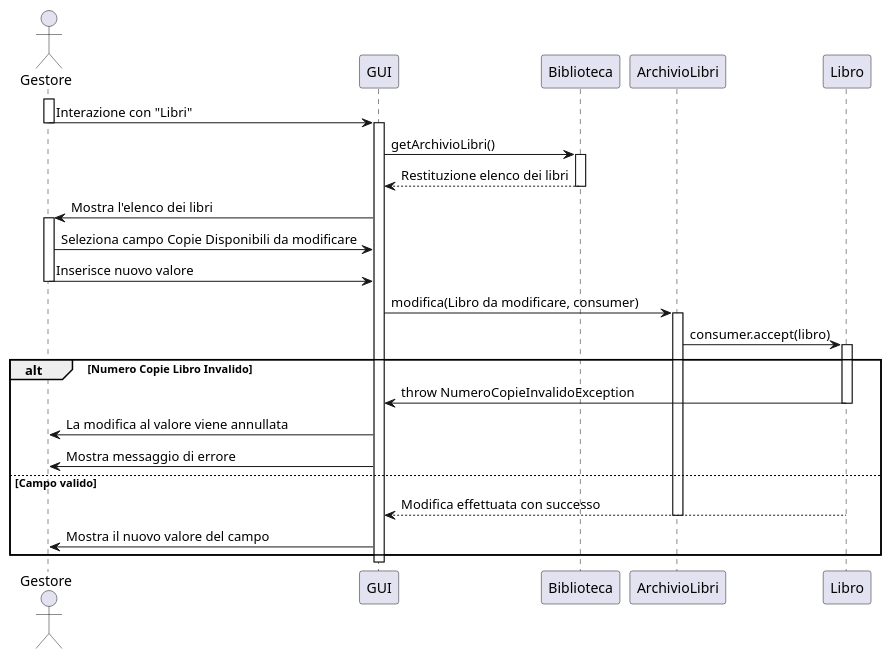
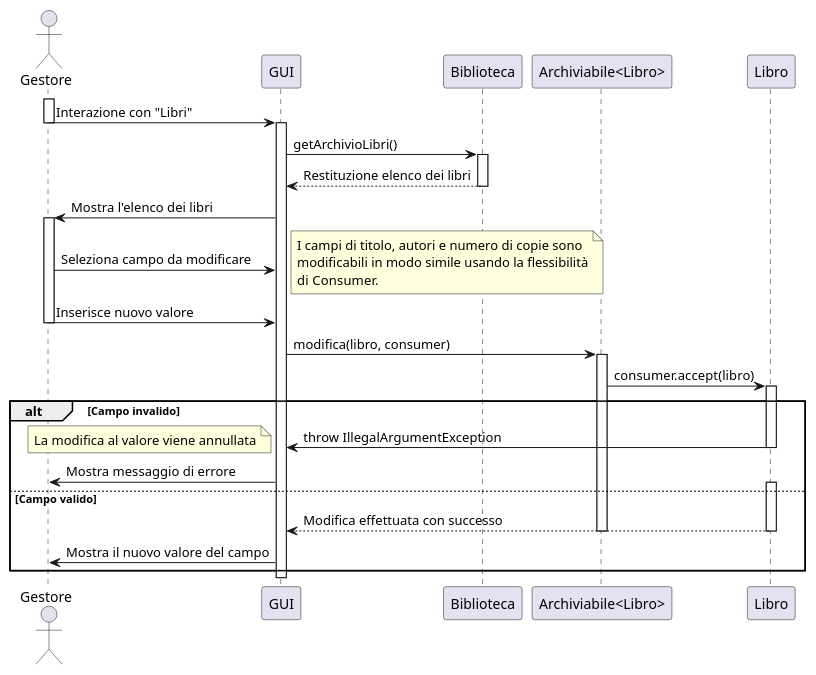
Before and after one commit to Meziu/easylibrary: the diagram in docs/uml/DiagrammiSequenza/UMLModificaLibro.puml, drawn with PlantUML. The commit also changed 3 other files, not shown here.

```diff
--- a/docs/uml/DiagrammiSequenza/UMLModificaLibro.puml
+++ b/docs/uml/DiagrammiSequenza/UMLModificaLibro.puml
@@ -1,42 +1,55 @@
 @startuml
-actor Gestore
+actor Gestore as G
 participant "GUI" as UI
 participant "Biblioteca" as B
-participant "ArchivioLibri" as A
+participant "Archiviabile<Libro>" as A
 participant "Libro" as L
 
 '  ---- Flusso principale -----
-activate Gestore
-Gestore -> UI : Interazione con "Libri"
-deactivate Gestore
+activate G
+G -> UI : Interazione con "Libri"
+deactivate G
 activate UI
 
 UI -> B : getArchivioLibri()
 activate B
 B --> UI : Restituzione elenco dei libri
 deactivate B
-UI -> Gestore : Mostra l'elenco dei libri
-activate Gestore
+UI -> G : Mostra l'elenco dei libri
+activate G
 
-Gestore -> UI : Seleziona campo Copie Disponibili da modificare
-Gestore -> UI : Inserisce nuovo valore
-deactivate Gestore
-UI -> A : modifica(Libro da modificare, consumer)
+G -> UI : Seleziona campo da modificare
+
+note right
+I campi di titolo, autori e numero di copie sono
+modificabili in modo simile usando la flessibilità
+di Consumer.
+endnote
+
+G -> UI : Inserisce nuovo valore
+deactivate G
+UI -> A : modifica(libro, consumer)
 activate A
 
 A -> L : consumer.accept(libro)
 activate L
 
-alt Numero Copie Libro Invalido
-    L -> UI : throw NumeroCopieInvalidoException
+alt Campo invalido
+    L -> UI : throw IllegalArgumentException
     deactivate L
-    UI -> Gestore : La modifica al valore viene annullata
-    UI -> Gestore : Mostra messaggio di errore
+
+    note left
+    La modifica al valore viene annullata
+    endnote
+
+    UI -> G : Mostra messaggio di errore
 else Campo valido
+    activate L
     L --> UI : Modifica effettuata con successo
+    deactivate L
     deactivate A
-    UI -> Gestore : Mostra il nuovo valore del campo
+    UI -> G : Mostra il nuovo valore del campo
 end
 deactivate UI
 
 @enduml
```
